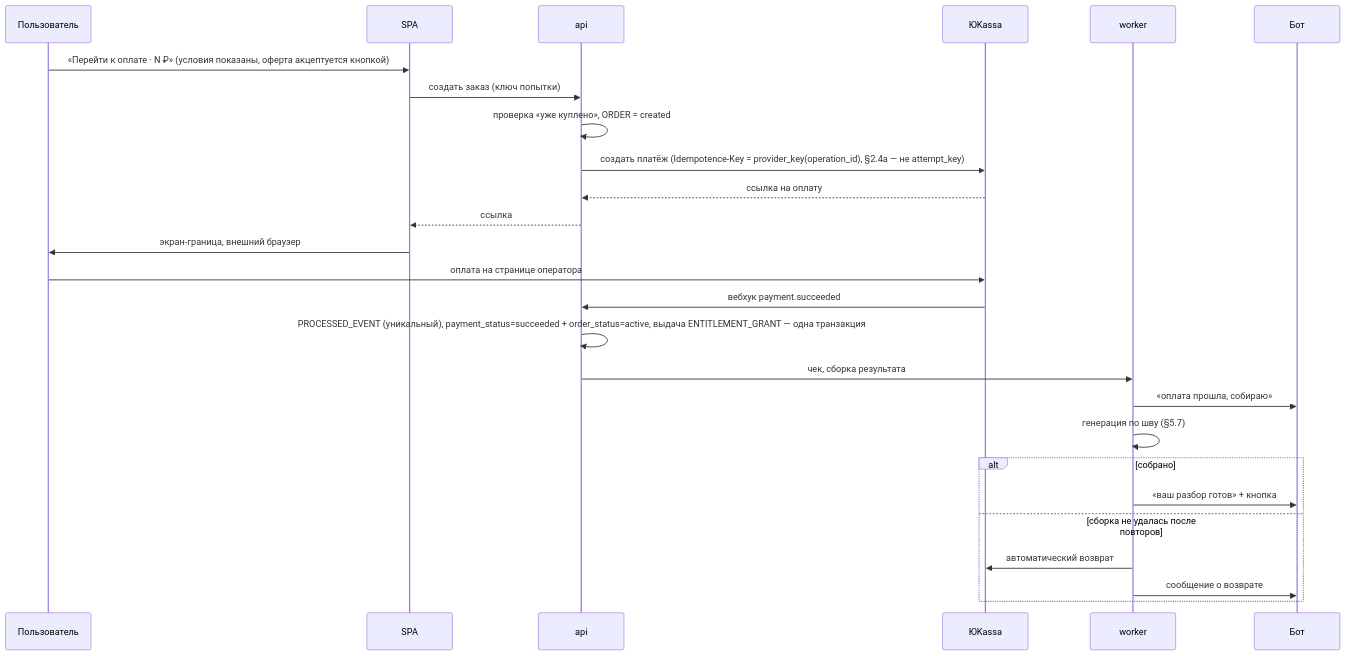
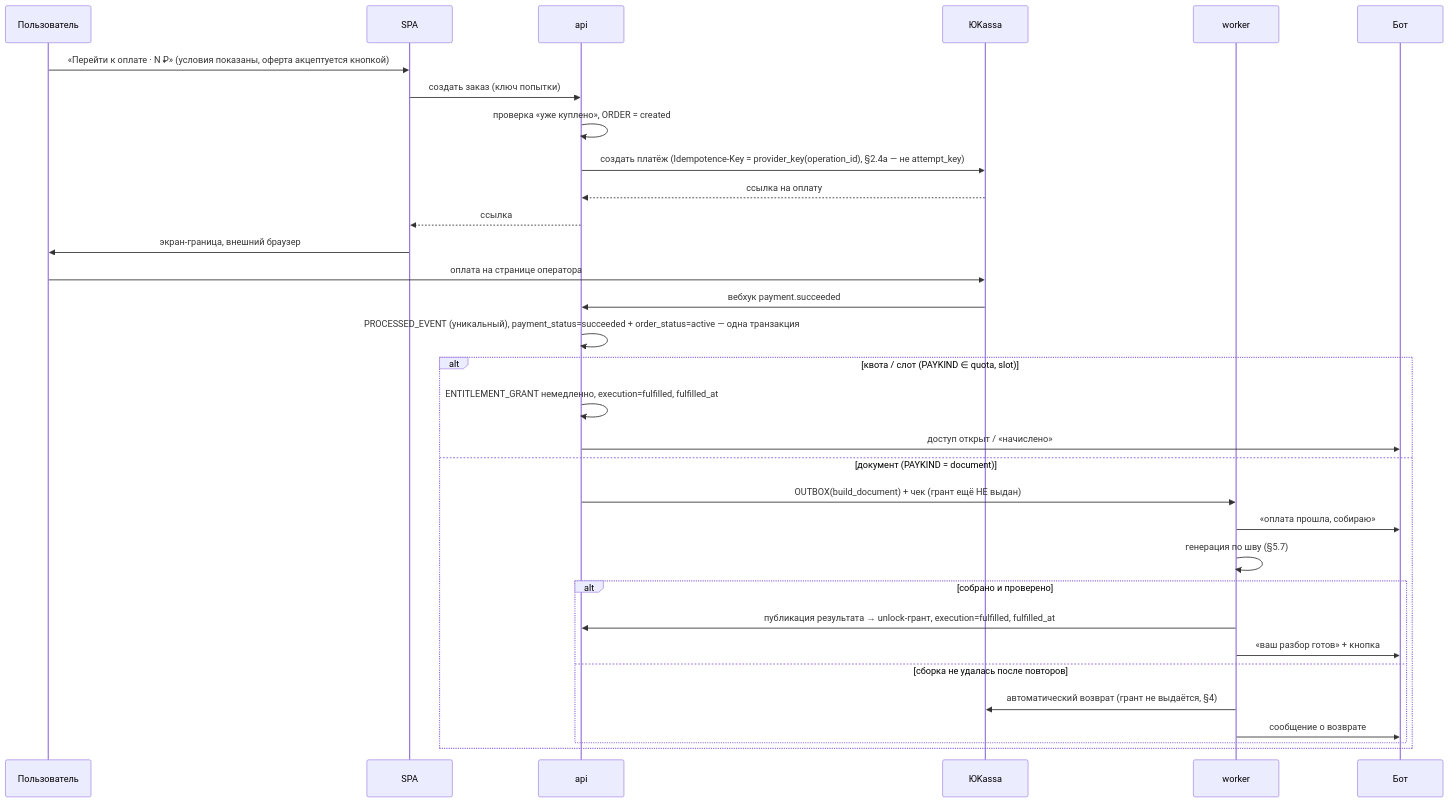
Diagram 15 of 19 in docs/grillmax/ARCHITECTURE.md (tyshenkoanton-eng/lunora), drawn with Mermaid before and after one commit. The commit also changed other lines of this file, not shown here.

Commit message:
Ревью-v7 гр.1: ARCHITECTURE — квота, кабинет-возврат, диаграмма грант/сборка
- §9.3: исчерпание пачки — `quota_consumed = quota_total` (было удалённое
  `quota_used`); временное available=0 из-за резерва ≠ исчерпание (#1).
- §9.2 диаграмма оплаты разветвлена: квота/слот — грант немедленно +
  fulfilled_at; документ — OUTBOX(build_document), unlock-грант и
  fulfilled_at только после проверенной публикации; при сбое грант не
  выдаётся (TRANSACTIONS §1.1–1.4/§3.3, H06) (#5).
- §9.3/§9.5: возврат из кабинета ЮKassa не меняет права напрямую, но
  обнаруживается сверкой (refund_status) и применяется системой
  (§3.4–3.6) — снято чтение «доступ остаётся после кабинет-возврата» (#2).

Claude-Session: https://claude.ai/code/session_01EKjCfBadHJo9ocsVfa9Q8B

````diff
--- a/docs/grillmax/ARCHITECTURE.md
+++ b/docs/grillmax/ARCHITECTURE.md
@@ -1181,28 +1181,34 @@
 ```mermaid
 sequenceDiagram
     participant U as Пользователь
     participant S as SPA
     participant A as api
     participant Y as ЮKassa
     participant W as worker
     participant B as Бот
     U->>S: «Перейти к оплате · N ₽» (условия показаны, оферта акцептуется кнопкой)
     S->>A: создать заказ (ключ попытки)
     A->>A: проверка «уже куплено», ORDER = created
     A->>Y: создать платёж (Idempotence-Key = provider_key(operation_id), §2.4a — не attempt_key)
     Y-->>A: ссылка на оплату
     A-->>S: ссылка
     S->>U: экран-граница, внешний браузер
     U->>Y: оплата на странице оператора
     Y->>A: вебхук payment.succeeded
-    A->>A: PROCESSED_EVENT (уникальный), payment_status=succeeded + order_status=active, выдача ENTITLEMENT_GRANT — одна транзакция
-    A->>W: чек, сборка результата
-    W->>B: «оплата прошла, собираю»
-    W->>W: генерация по шву (§5.7)
-    alt собрано
-        W->>B: «ваш разбор готов» + кнопка
-    else сборка не удалась после повторов
-        W->>Y: автоматический возврат
-        W->>B: сообщение о возврате
+    A->>A: PROCESSED_EVENT (уникальный), payment_status=succeeded + order_status=active — одна транзакция
+    alt квота / слот (PAYKIND ∈ quota, slot)
+        A->>A: ENTITLEMENT_GRANT немедленно, execution=fulfilled, fulfilled_at
+        A->>B: доступ открыт / «начислено»
+    else документ (PAYKIND = document)
+        A->>W: OUTBOX(build_document) + чек (грант ещё НЕ выдан)
+        W->>B: «оплата прошла, собираю»
+        W->>W: генерация по шву (§5.7)
+        alt собрано и проверено
+            W->>A: публикация результата → unlock-грант, execution=fulfilled, fulfilled_at
+            W->>B: «ваш разбор готов» + кнопка
+        else сборка не удалась после повторов
+            W->>Y: автоматический возврат (грант не выдаётся, §4)
+            W->>B: сообщение о возврате
+        end
     end
 ```
````
